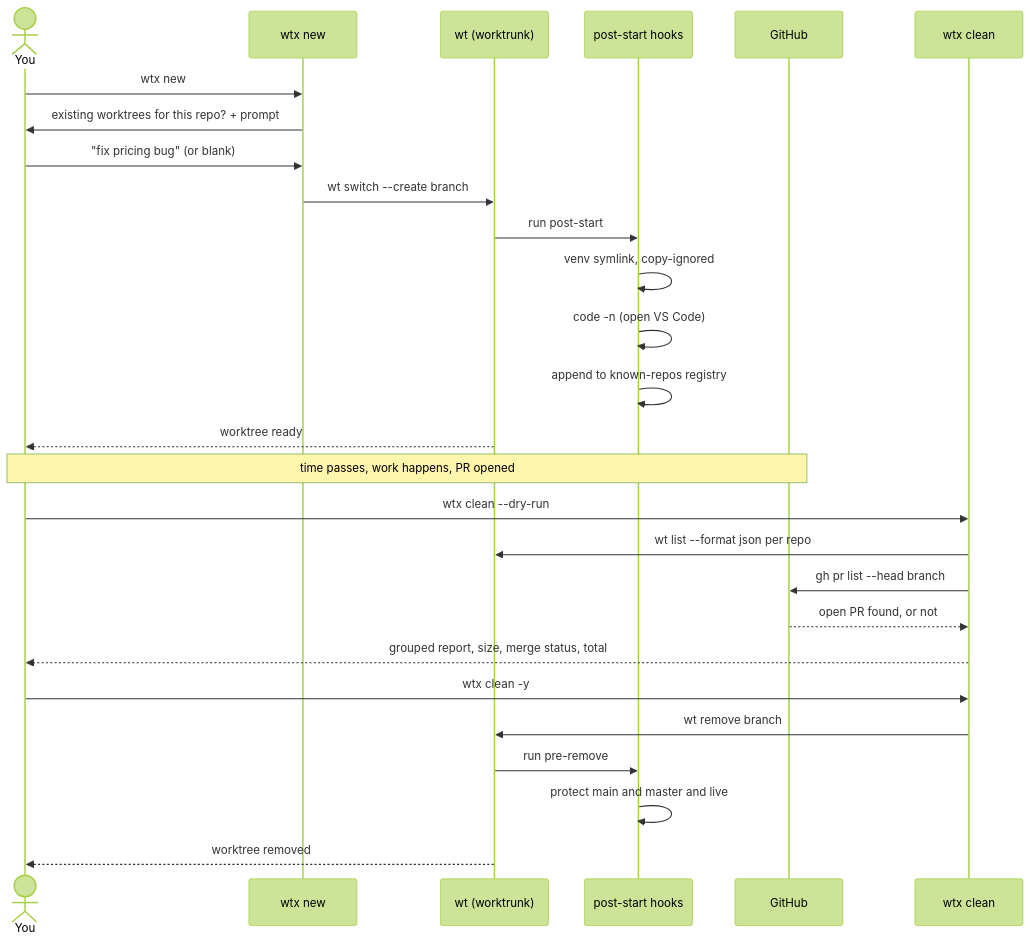
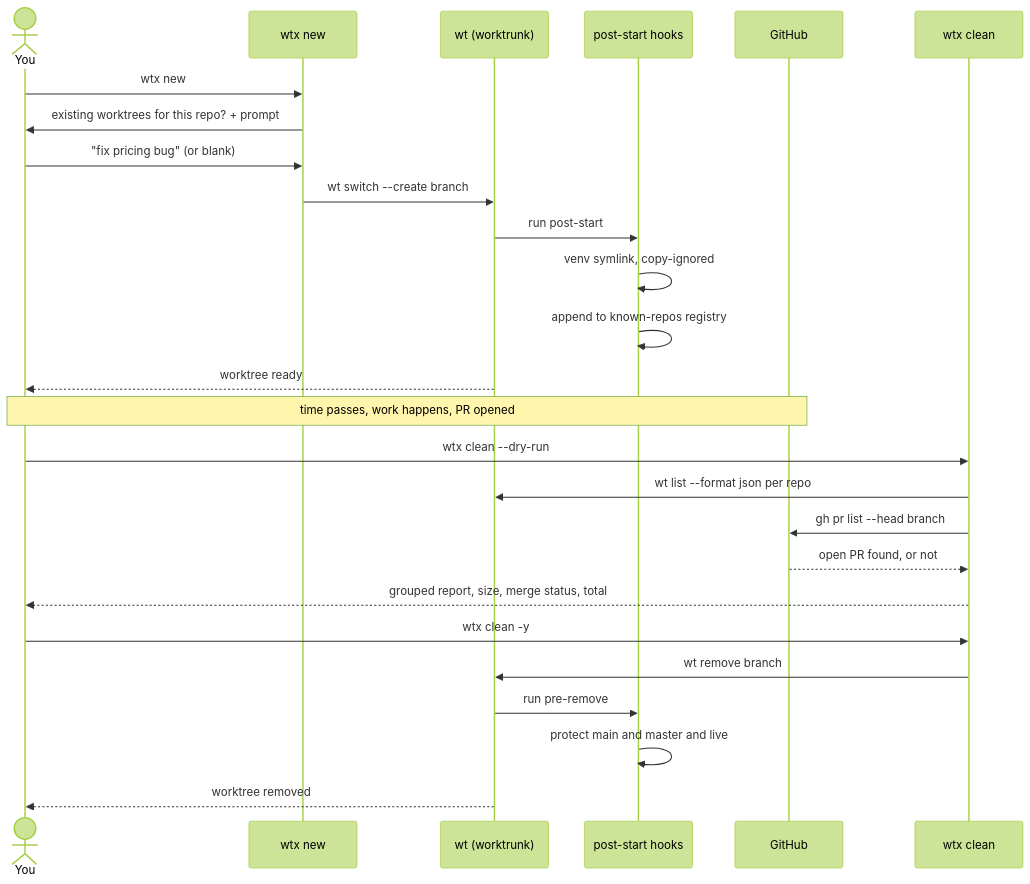
One commit to luiul/dotfiles changed the second of 3 diagrams in docs/dev-setup-overview.md. Above: the diagram before and after it, drawn with Mermaid (forest theme). The commit also changed other lines of this file and 18 other files, not shown here.

````diff
--- a/docs/dev-setup-overview.md
+++ b/docs/dev-setup-overview.md
@@ -112,32 +114,31 @@
 ```mermaid
 sequenceDiagram
   actor You
   participant WtxNew as wtx new
   participant wt as wt (worktrunk)
   participant Hooks as post-start hooks
   participant GH as GitHub
   participant WtxClean as wtx clean
 
   You->>WtxNew: wtx new
   WtxNew->>You: existing worktrees for this repo? + prompt
   You->>WtxNew: "fix pricing bug" (or blank)
   WtxNew->>wt: wt switch --create branch
   wt->>Hooks: run post-start
   Hooks->>Hooks: venv symlink, copy-ignored
-  Hooks->>Hooks: code -n (open VS Code)
   Hooks->>Hooks: append to known-repos registry
   wt-->>You: worktree ready
 
   Note over You,GH: time passes, work happens, PR opened
 
   You->>WtxClean: wtx clean --dry-run
   WtxClean->>wt: wt list --format json per repo
   WtxClean->>GH: gh pr list --head branch
   GH-->>WtxClean: open PR found, or not
   WtxClean-->>You: grouped report, size, merge status, total
   You->>WtxClean: wtx clean -y
   WtxClean->>wt: wt remove branch
   wt->>Hooks: run pre-remove
   Hooks->>Hooks: protect main and master and live
   wt-->>You: worktree removed
 ```
````
